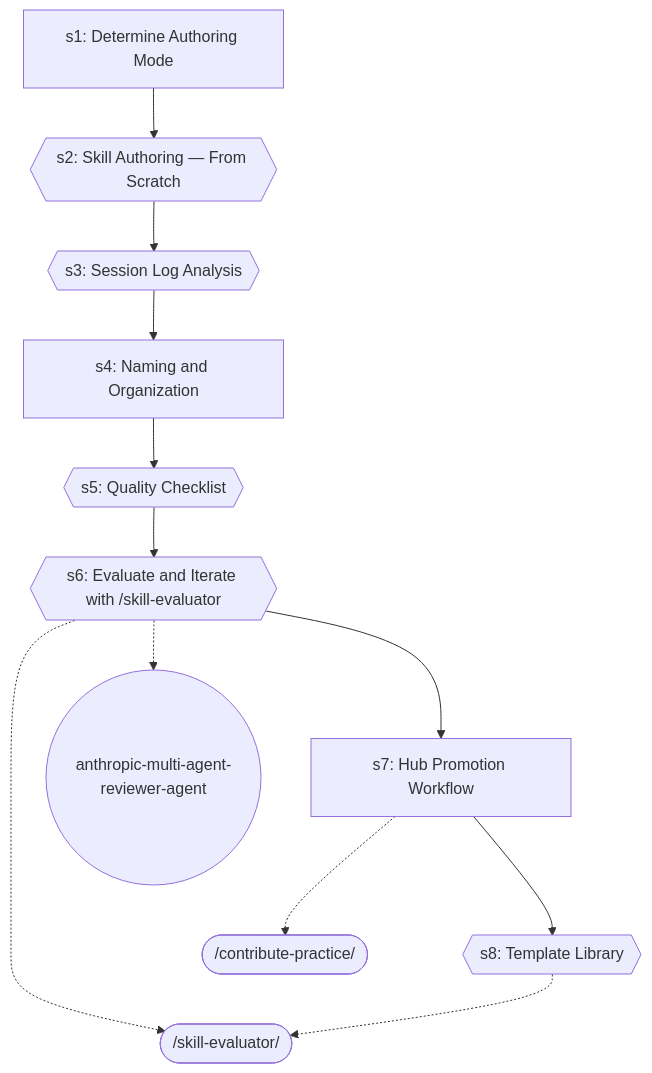
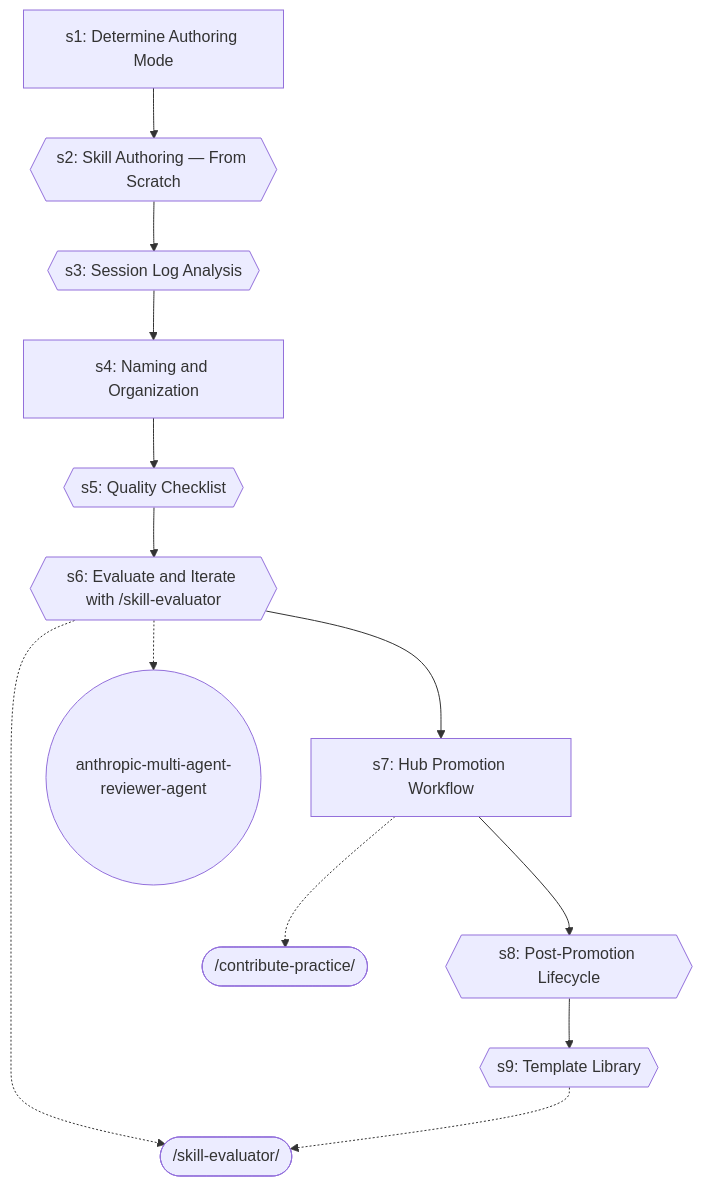
Before and after one commit to abhayla/claude-best-practices: diagram 22 of 22 in docs/workflows/skill-authoring.md, drawn with Mermaid. The commit also changed other lines of this file and 12 other files, not shown here.

````diff
--- a/docs/workflows/skill-authoring.md
+++ b/docs/workflows/skill-authoring.md
@@ -1125,26 +1127,28 @@
 ```mermaid
 graph TD
     s1["s1: Determine Authoring Mode"]
     s2{{s2: Skill Authoring — From Scratch}}
     s1 --> s2
     s3{{s3: Session Log Analysis}}
     s2 --> s3
     s4["s4: Naming and Organization"]
     s3 --> s4
     s5{{s5: Quality Checklist}}
     s4 --> s5
     s6{{s6: Evaluate and Iterate with /skill-evaluator}}
     s5 --> s6
     skill_evaluator_ext([/skill-evaluator/])
     s6 -.-> skill_evaluator_ext
     anthropic_multi_agent_reviewer_agent_ext((anthropic-multi-agent-reviewer-agent))
     s6 -.-> anthropic_multi_agent_reviewer_agent_ext
     s7["s7: Hub Promotion Workflow"]
     s6 --> s7
     contribute_practice_ext([/contribute-practice/])
     s7 -.-> contribute_practice_ext
-    s8{{s8: Template Library}}
+    s8{{s8: Post-Promotion Lifecycle}}
     s7 --> s8
+    s9{{s9: Template Library}}
+    s8 --> s9
     skill_evaluator_ext([/skill-evaluator/])
-    s8 -.-> skill_evaluator_ext
+    s9 -.-> skill_evaluator_ext
 ```
````
